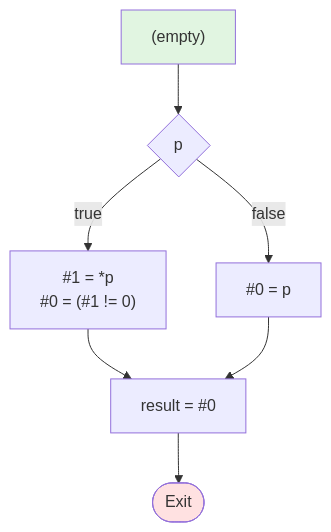
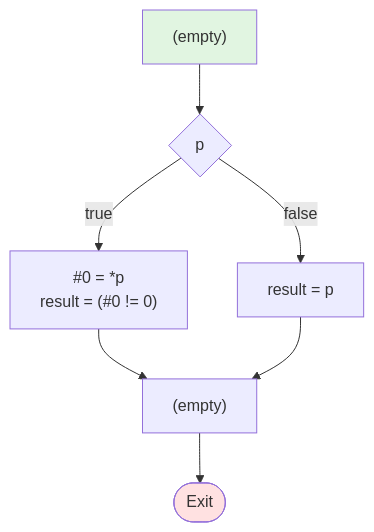
Before and after one commit to cny123222/Control-Flow-Graph-Generation-for-WhileD-Language: the diagram in mermaid_outputs/test3_shortcircuit_and.md, drawn with Mermaid. The commit also changed other lines of this file and 2 other files, not shown here.

````diff
--- a/mermaid_outputs/test3_shortcircuit_and.md
+++ b/mermaid_outputs/test3_shortcircuit_and.md
@@ -7,18 +7,18 @@
 ```mermaid
 flowchart TD
     B0["(empty)"]
     C0{p}
-    B1["#1 = *p<br/>#0 = (#1 != 0)"]
-    B2["#0 = p"]
-    B3["result = #0"]
+    B1["#0 = *p<br/>result = (#0 != 0)"]
+    B2["result = p"]
+    B3["(empty)"]
 
     B0 --> C0
     C0 -->|false| B2
     C0 -->|true| B1
     B1 --> B3
     B2 --> B3
     B3 --> Exit([Exit])
 
     style B0 fill:#e1f5e1
     style Exit fill:#ffe1e1
 ```
````
